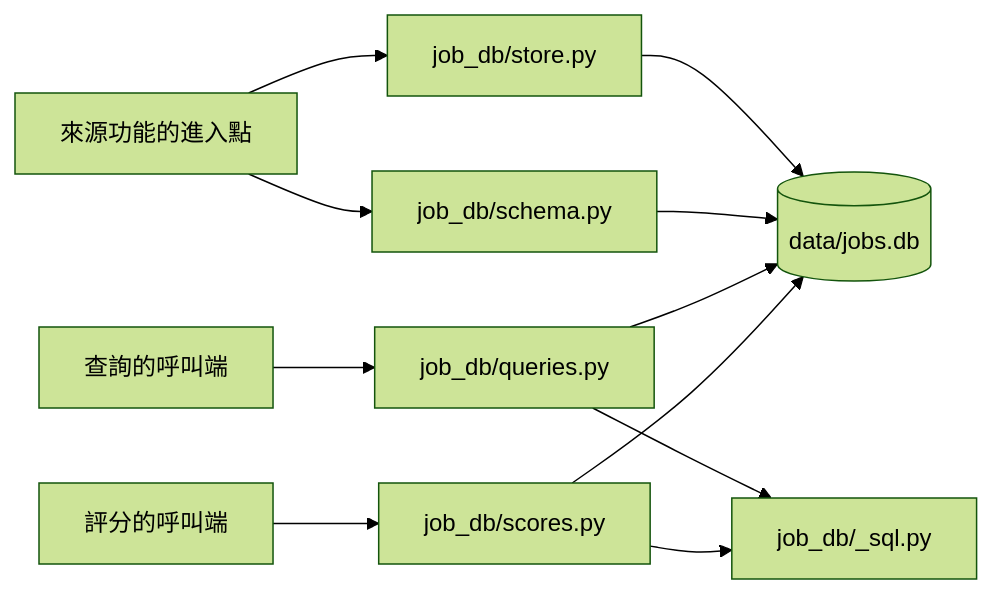
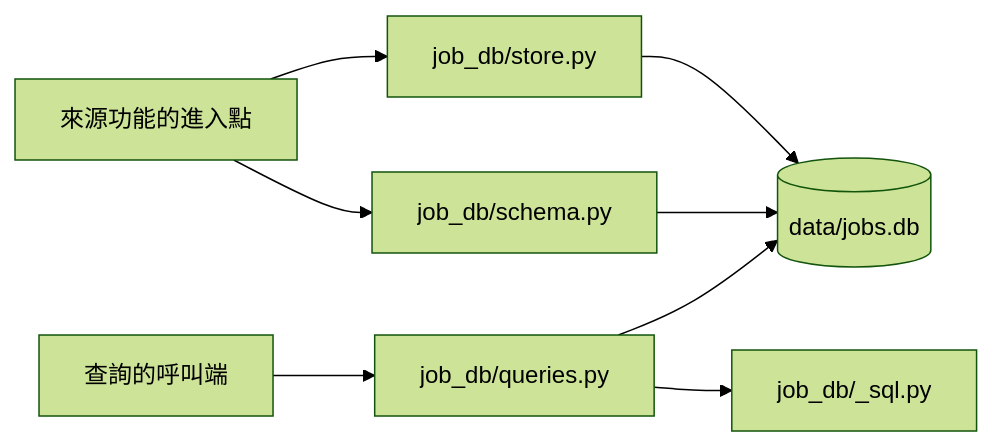
One commit to dlhdb/job-matching changed the diagram in docs/tech/tech-design/job-database.md. Above: the diagram before and after it, drawn with Mermaid (forest theme). The commit also changed other lines of this file and 13 other files, not shown here.

````diff
--- a/docs/tech/tech-design/job-database.md
+++ b/docs/tech/tech-design/job-database.md
@@ -8,13 +8,10 @@
 ```mermaid
 flowchart LR
     src["來源功能的進入點"] --> store["job_db/store.py"]
     src --> schema["job_db/schema.py"]
     reader["查詢的呼叫端"] --> queries["job_db/queries.py"]
     store --> db[("data/jobs.db")]
     schema --> db
     queries --> db
-    scoring["評分的呼叫端"] --> scores["job_db/scores.py"]
-    scores --> db
     queries --> sql["job_db/_sql.py"]
-    scores --> sql
 ```
````
